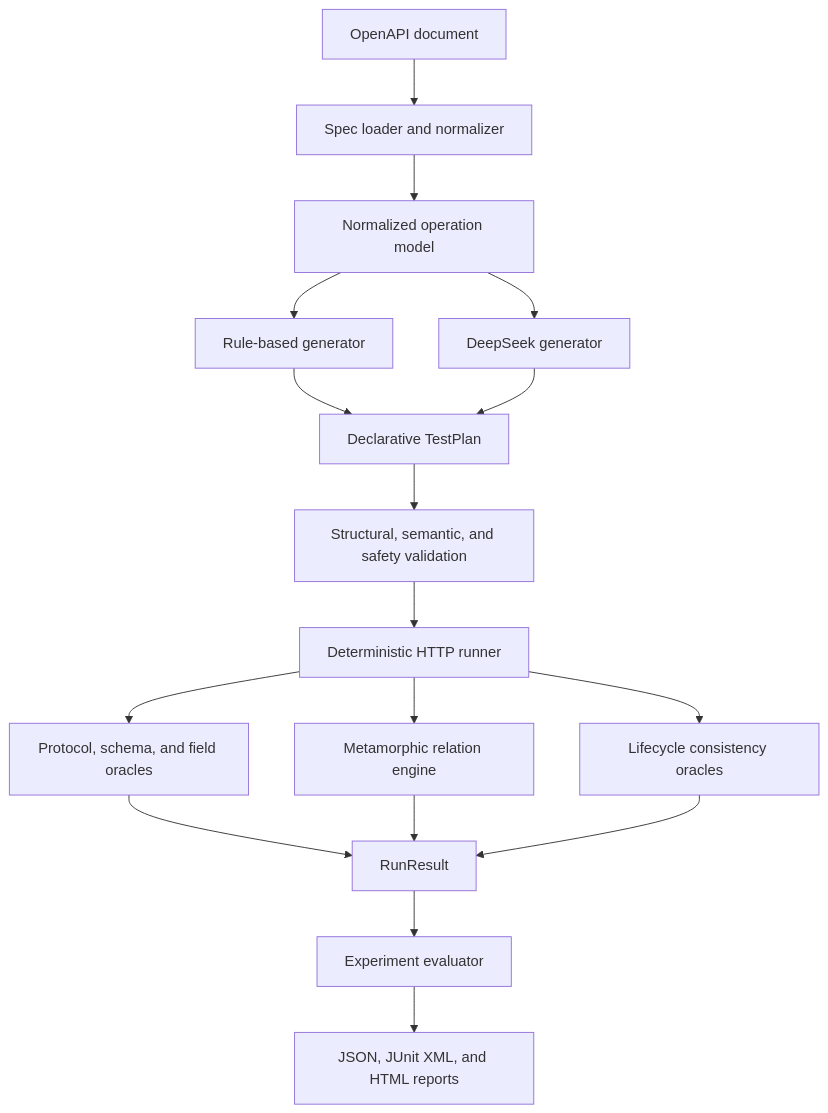
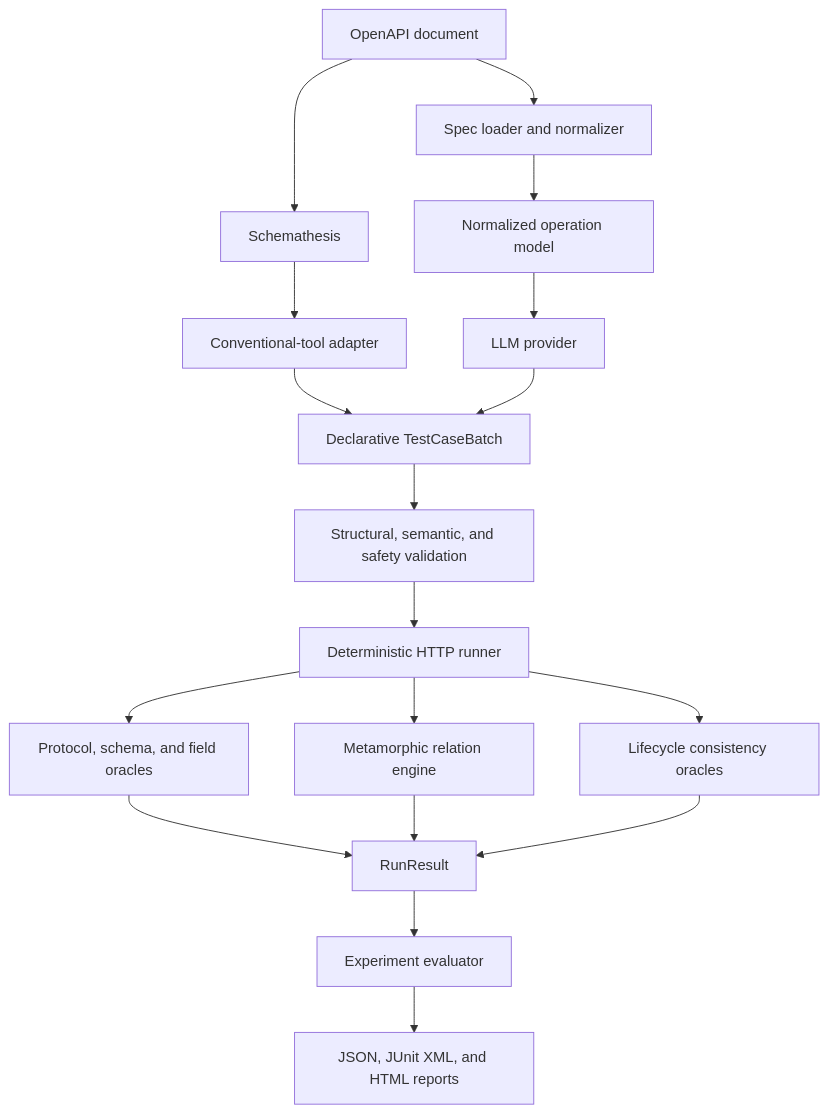
One commit to fuyuhanCC/openapi-ai-test-evaluator changed the first of 3 diagrams in docs/design.md. Above: the diagram before and after it, drawn with Mermaid. The commit also changed other lines of this file, not shown here.

Commit message:
docs: align design with generator evaluation architecture

````diff
--- a/docs/design.md
+++ b/docs/design.md
@@ -163,19 +172,20 @@
 ```mermaid
 flowchart TD
     spec["OpenAPI document"] --> loader["Spec loader and normalizer"]
     loader --> model["Normalized operation model"]
-    model --> rules["Rule-based generator"]
-    model --> llm["DeepSeek generator"]
-    rules --> plan["Declarative TestPlan"]
-    llm --> plan
-    plan --> validation["Structural, semantic, and safety validation"]
+    spec --> conventional["Schemathesis"]
+    model --> llm["LLM provider"]
+    conventional --> adapter["Conventional-tool adapter"]
+    adapter --> cases["Declarative TestCaseBatch"]
+    llm --> cases
+    cases --> validation["Structural, semantic, and safety validation"]
     validation --> runner["Deterministic HTTP runner"]
     runner --> oracles["Protocol, schema, and field oracles"]
     runner --> metamorphic["Metamorphic relation engine"]
     runner --> lifecycle["Lifecycle consistency oracles"]
     oracles --> result["RunResult"]
     metamorphic --> result
     lifecycle --> result
     result --> evaluator["Experiment evaluator"]
     evaluator --> reports["JSON, JUnit XML, and HTML reports"]
 ```
````
